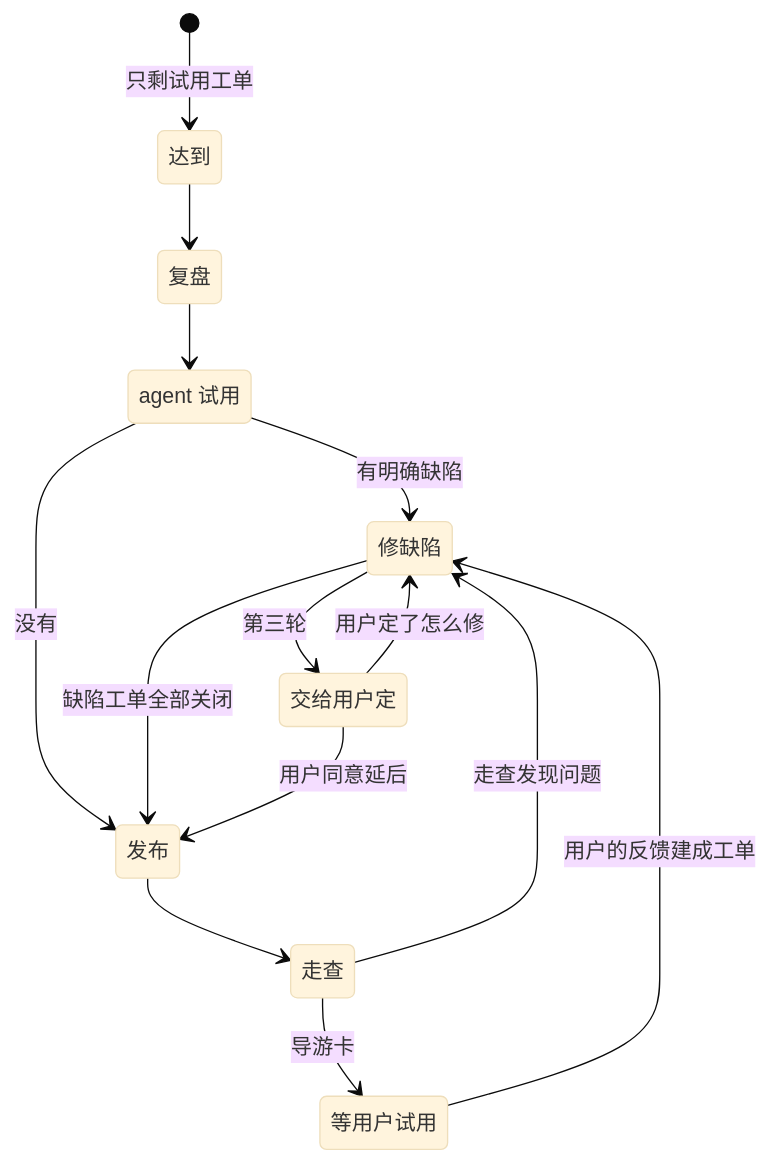
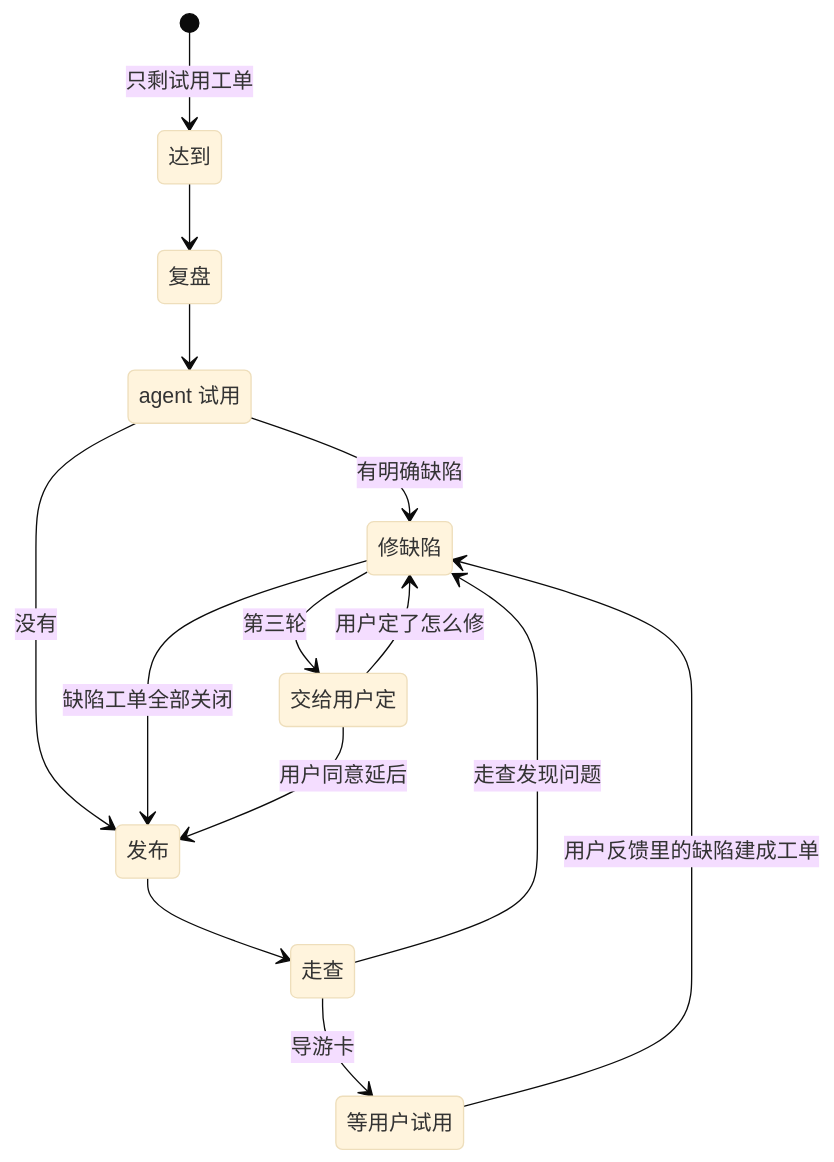
Before and after one commit to bender2333/yudao: the diagram in .claude/skills/trial-intake/SKILL.md, drawn with Mermaid (base theme). The commit also changed other lines of this file and 24 other files, not shown here.

````diff
--- a/.claude/skills/trial-intake/SKILL.md
+++ b/.claude/skills/trial-intake/SKILL.md
@@ -24,24 +24,24 @@
 ```mermaid
 stateDiagram-v2
     state "达到" as S1
     state "复盘" as S2
     state "agent 试用" as S3
     state "修缺陷" as S4
     state "发布" as S5
     state "走查" as S6
     state "等用户试用" as S7
     state "交给用户定" as S8
     [*] --> S1: 只剩试用工单
     S1 --> S2
     S2 --> S3
     S3 --> S4: 有明确缺陷
     S3 --> S5: 没有
     S4 --> S5: 缺陷工单全部关闭
     S5 --> S6
     S6 --> S4: 走查发现问题
     S6 --> S7: 导游卡
     S4 --> S8: 第三轮
     S8 --> S4: 用户定了怎么修
     S8 --> S5: 用户同意延后
-    S7 --> S4: 用户的反馈建成工单
+    S7 --> S4: 用户反馈里的缺陷建成工单
 ```
````
